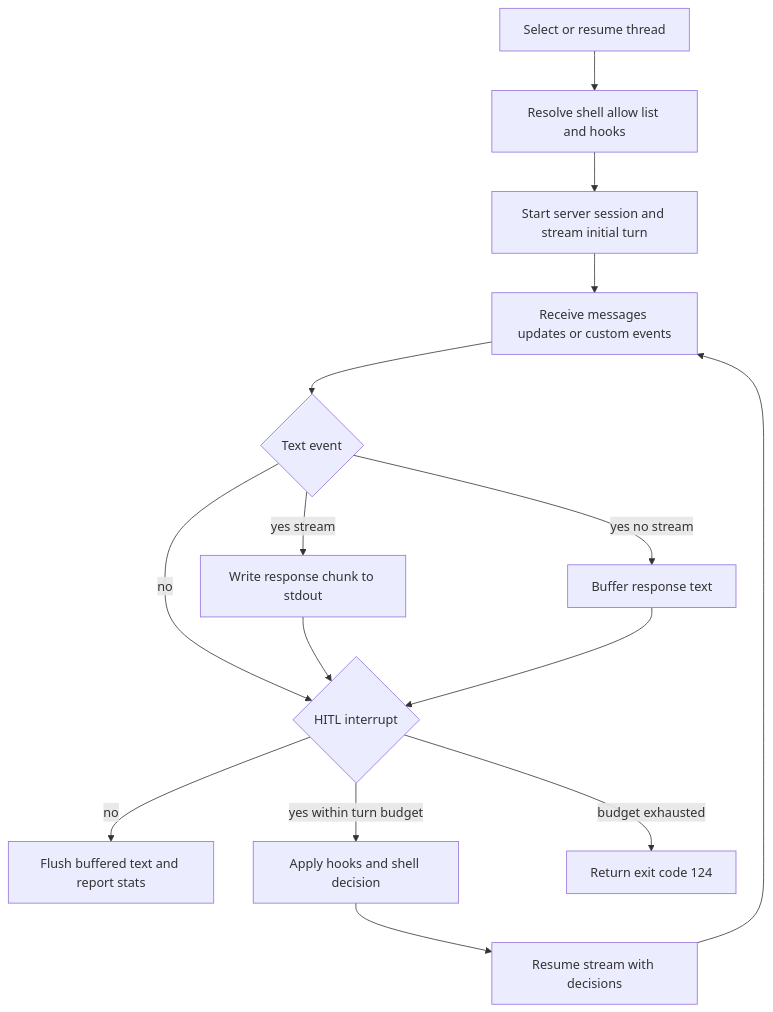
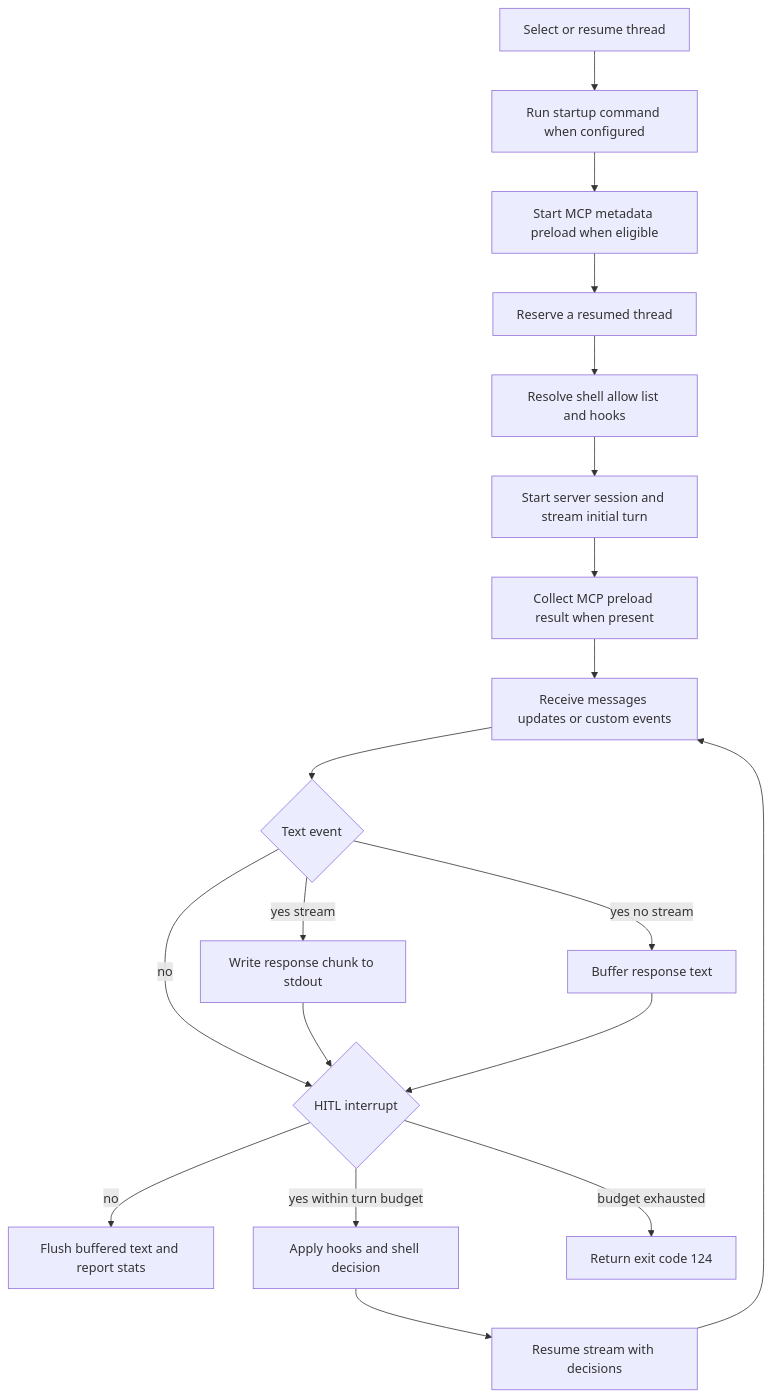
The third of 3 diagrams in openwiki/workflows/run-dcode-session.md (langchain-ai/deepagents), drawn with Mermaid before and after one commit. The commit also changed other lines of this file and 38 other files, not shown here.

````diff
--- a/openwiki/workflows/run-dcode-session.md
+++ b/openwiki/workflows/run-dcode-session.md
@@ -133,17 +135,21 @@
 ```mermaid
 flowchart TD
-    Begin["Select or resume thread"] --> Policy["Resolve shell allow list and hooks"]
+    Begin["Select or resume thread"] --> Command["Run startup command when configured"]
+    Command --> Preload["Start MCP metadata preload when eligible"]
+    Preload --> Reserve["Reserve a resumed thread"]
+    Reserve --> Policy["Resolve shell allow list and hooks"]
     Policy --> Session["Start server session and stream initial turn"]
-    Session --> Event["Receive messages updates or custom events"]
+    Session --> Metadata["Collect MCP preload result when present"]
+    Metadata --> Event["Receive messages updates or custom events"]
     Event --> Output{"Text event"}
     Output -->|yes stream| WriteNow["Write response chunk to stdout"]
     Output -->|yes no stream| Buffer["Buffer response text"]
     Output -->|no| Interrupt{"HITL interrupt"}
     WriteNow --> Interrupt
     Buffer --> Interrupt
     Interrupt -->|no| Finish["Flush buffered text and report stats"]
     Interrupt -->|yes within turn budget| Decide["Apply hooks and shell decision"]
     Decide --> Resume["Resume stream with decisions"]
     Resume --> Event
     Interrupt -->|budget exhausted| Limit["Return exit code 124"]
 ```
````
